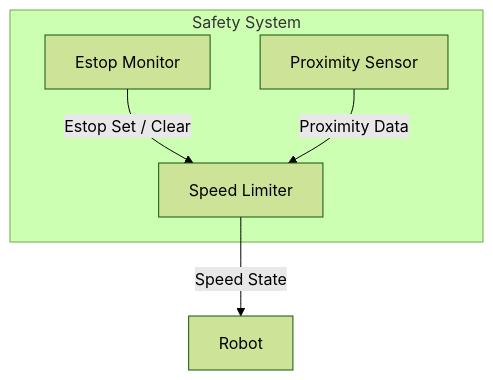
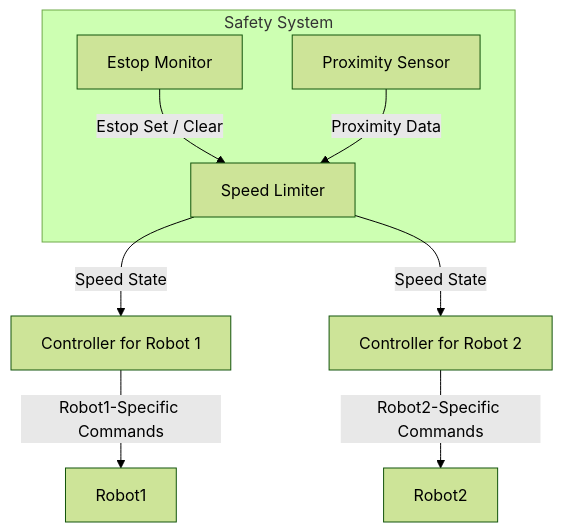
One commit to tantinlala/analog-garage-robotics-sw-challenge changed the diagram in docs/node_interactions.md. Above: the diagram before and after it, drawn with Mermaid (forest theme). The commit also changed 1 other file, not shown here.

Commit message:
Add instructions on how to run simulated safety system

````diff
--- a/docs/node_interactions.md
+++ b/docs/node_interactions.md
@@ -4,11 +4,16 @@
 ```mermaid
 flowchart TD
     subgraph "Safety System"
     Estop@{ label: "Estop Monitor" }
     Proximity@{ label: "Proximity Sensor" }
     Speed@{ label: "Speed Limiter" }
     Estop-- Estop Set / Clear -->Speed
     Proximity-- Proximity Data -->Speed
     end
-    Speed-- Speed State -->Robot
+    Speed-- Speed State -->Controller1
+    Speed-- Speed State -->Controller2
+    Controller1@{ label: "Controller for Robot 1"}
+    Controller2@{ label: "Controller for Robot 2"}
+    Controller1 -- Robot1-Specific Commands --> Robot1
+    Controller2 -- Robot2-Specific Commands --> Robot2
 ```
````
